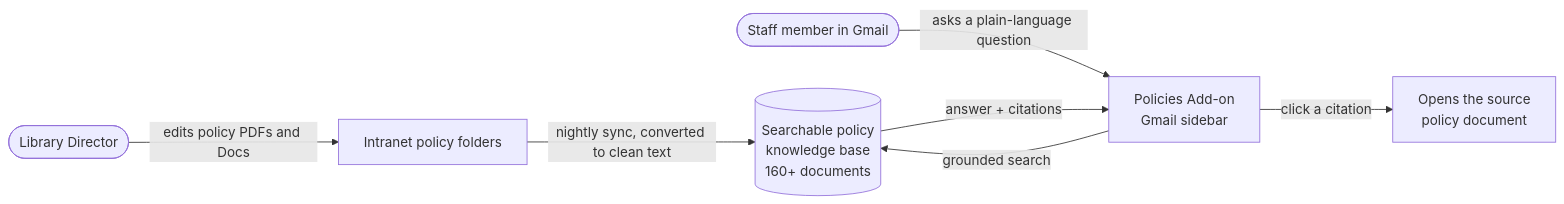
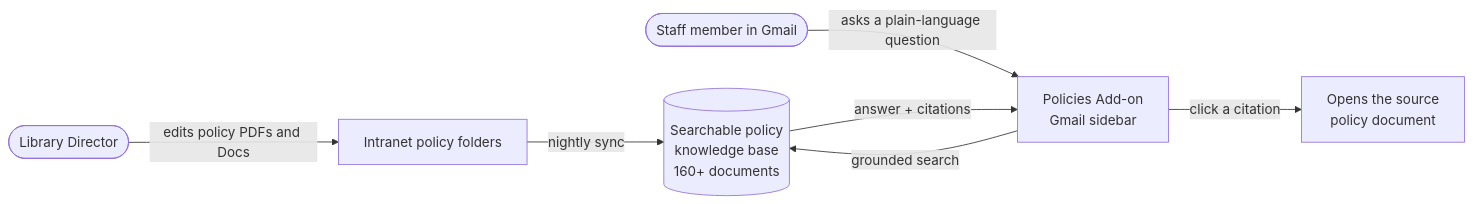
Before and after one commit to RHPubLib/gmail-policy-assistant: the diagram in README.md, drawn with Mermaid. The commit also changed other lines of this file, not shown here.

First line of the commit message:
Polish README: fix clipped chart label, reorder/shrink screenshots, soften cost framing

````diff
--- a/README.md
+++ b/README.md
@@ -37,10 +37,10 @@
 ```mermaid
 flowchart LR
   D([Library Director]) -->|edits policy PDFs and Docs| INTRANET[Intranet policy folders]
-  INTRANET -->|nightly sync, converted to clean text| KB[(Searchable policy<br/>knowledge base<br/>160+ documents)]
+  INTRANET -->|nightly sync| KB[(Searchable policy<br/>knowledge base<br/>160+ documents)]
 
   S([Staff member in Gmail]) -->|asks a plain-language question| ADDON[Policies Add-on<br/>Gmail sidebar]
   ADDON -->|grounded search| KB
   KB -->|answer + citations| ADDON
   ADDON -->|click a citation| SRC[Opens the source<br/>policy document]
 ```
````
